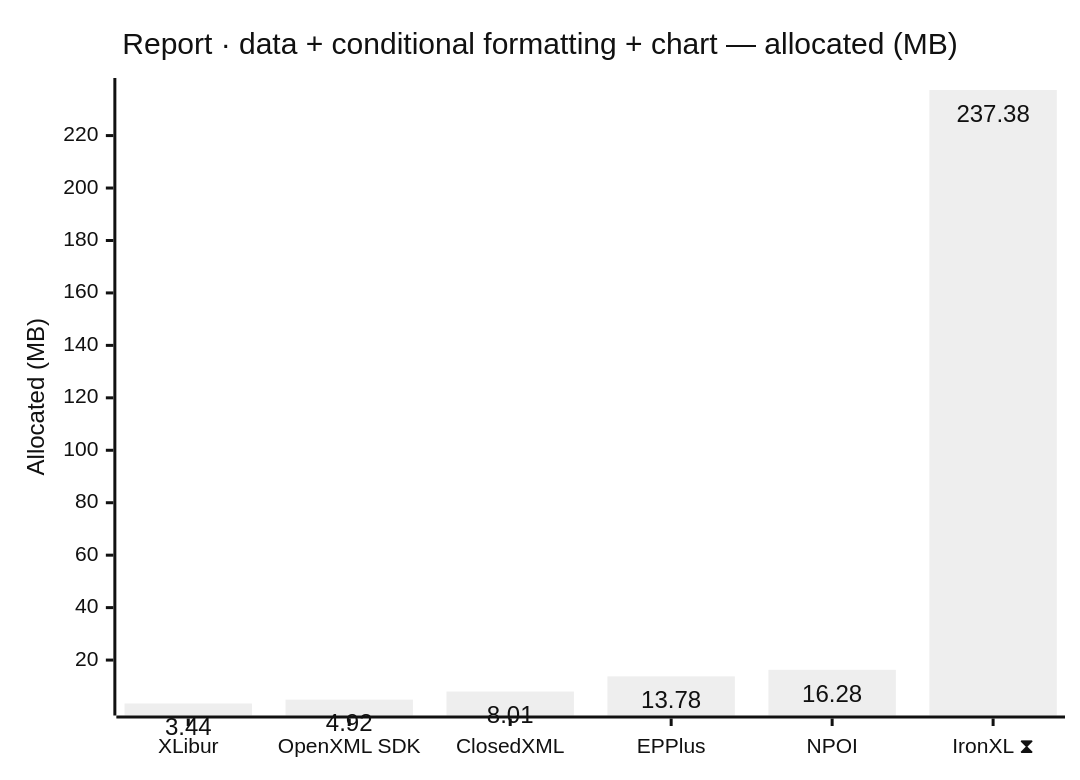
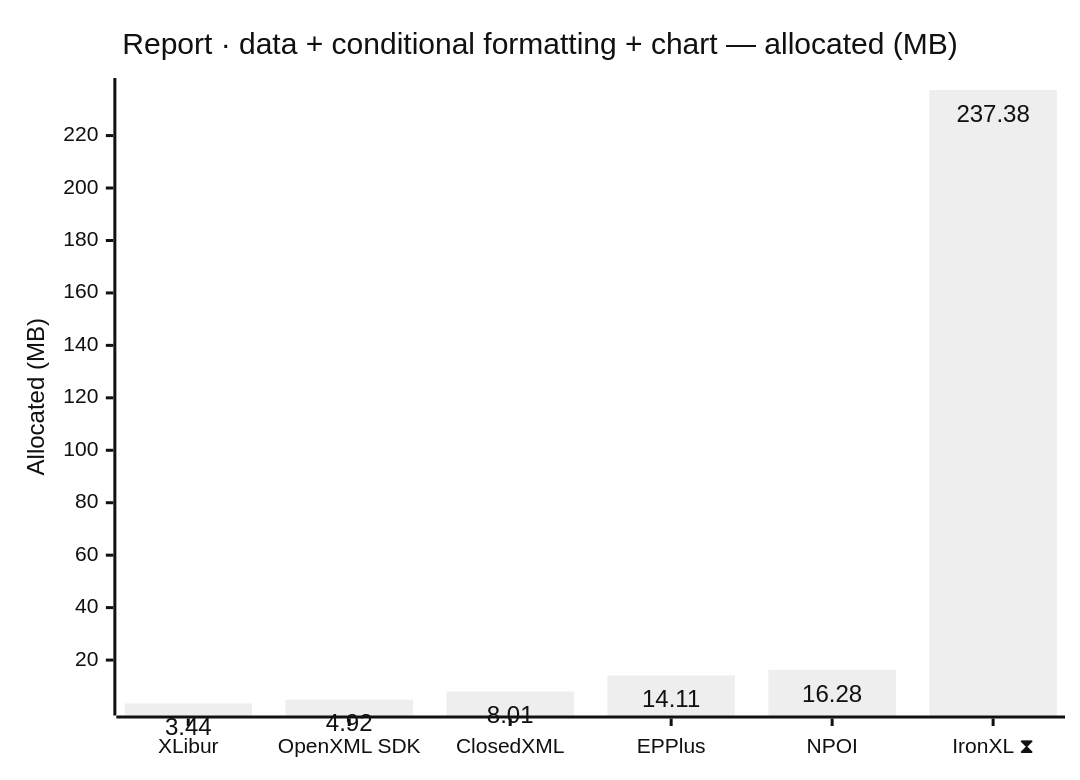
One commit to jafin/XLBench changed the eighth of 12 diagrams in docs/results-ci.md. Above: the diagram before and after it, drawn with Mermaid (neutral theme). The commit also changed other lines of this file, not shown here.

````diff
--- a/docs/results-ci.md
+++ b/docs/results-ci.md
@@ -132,12 +132,12 @@
 ```mermaid
 ---
 config:
   xyChart:
     showDataLabel: true
 ---
 xychart-beta
     title "Report · data + conditional formatting + chart — allocated (MB)"
     x-axis ["XLibur", "OpenXML SDK", "ClosedXML", "EPPlus", "NPOI", "IronXL ⧗"]
     y-axis "Allocated (MB)"
-    bar [3.44, 4.92, 8.01, 13.78, 16.28, 237.38]
+    bar [3.44, 4.92, 8.01, 14.11, 16.28, 237.38]
 ```
````
